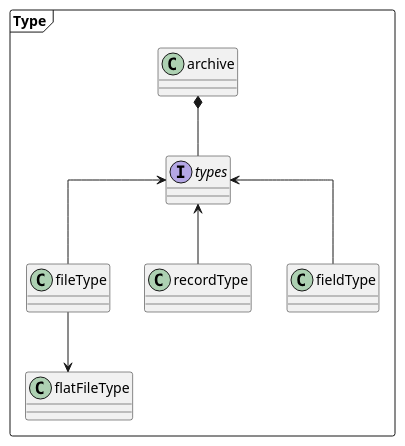
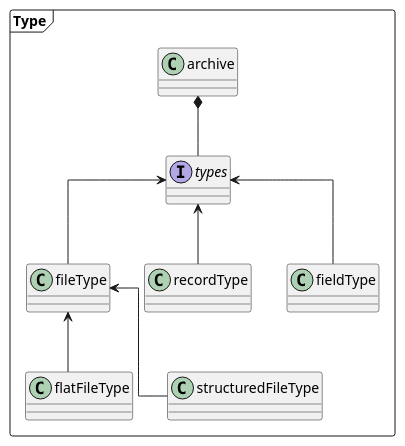
The diagram in usage/aspirations/umls/uml-type.puml (joergen-vs/73027c42-c2cd-4c62-b1f4-2532c0eb8dab), drawn with PlantUML before and after one commit. The commit also changed 1 other file, not shown here.

Commit message:
* Consolidate "how to read" information for both structured and flatfiles in types * Clarify difference between the use of unit in additionalElement and dataObject * Redirect fileType

```diff
--- a/usage/aspirations/umls/uml-type.puml
+++ b/usage/aspirations/umls/uml-type.puml
@@ -1,16 +1,17 @@
 @startuml
 skinparam linetype polyline
 skinparam linetype ortho
 
 package "Type" <<Frame>> {
 interface types
 
 archive *-- types
 types <-- fileType
 types <-- recordType
 types <-- fieldType
 
-fileType --> flatFileType
+fileType <-- flatFileType
+fileType <-- structuredFileType
 }
 
 @enduml
```
